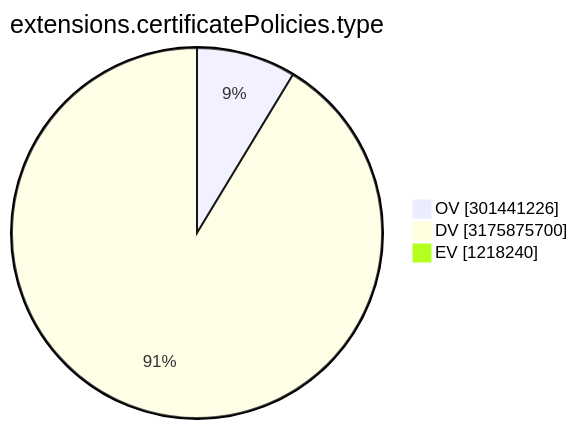
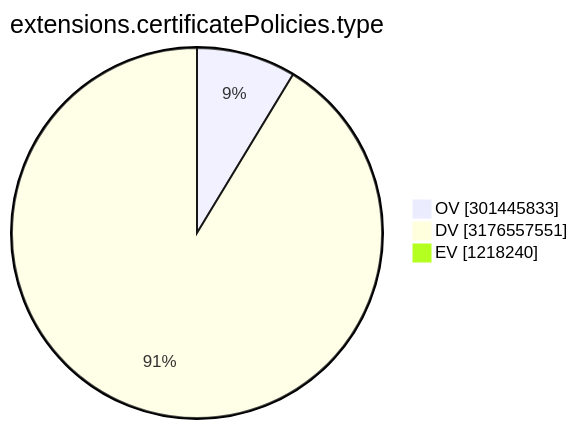
Before and after one commit to christiankrug/ctmonitor_visualization: the ninth of 15 diagrams in TOTAL/README.md, drawn with Mermaid. The commit also changed other lines of this file, not shown here.

````diff
--- a/TOTAL/README.md
+++ b/TOTAL/README.md
@@ -3105,7 +3105,7 @@
 ```mermaid
 pie showData
 title extensions.certificatePolicies.type
-"OV" :301441226
-"DV" :3175875700
+"OV" :301445833
+"DV" :3176557551
 "EV" :1218240
 ```
````
